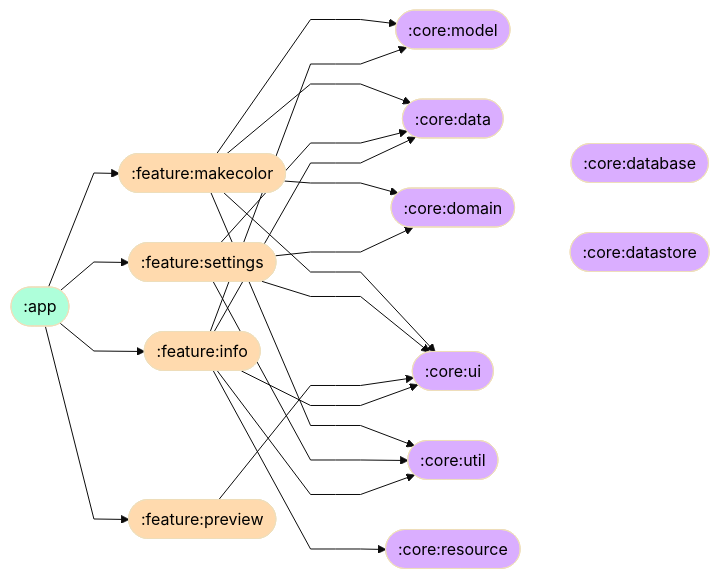
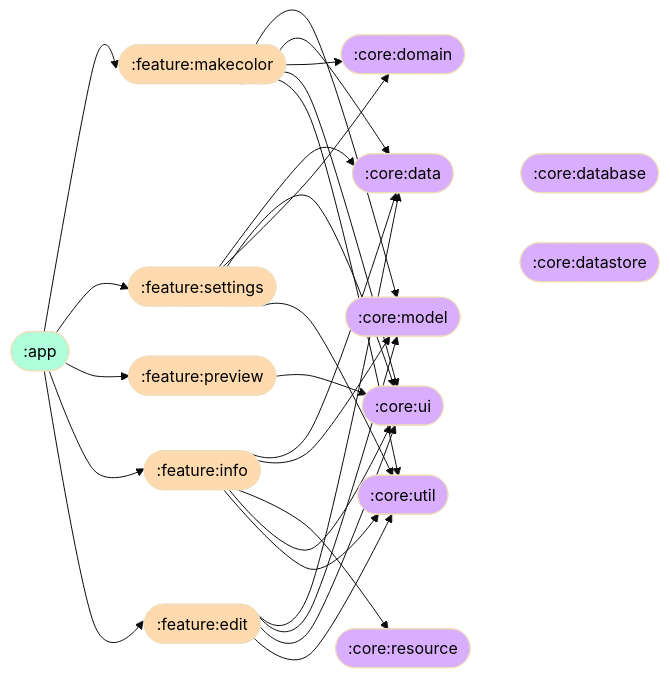
One commit to kosenda/MultiColorPicker changed the diagram in README.md. Above: the diagram before and after it, drawn with Mermaid (base theme).

Commit message:
docs: add :feature:edit
[skip ci]

````diff
--- a/README.md
+++ b/README.md
@@ -50,35 +50,41 @@
 ```mermaid
 flowchart LR
-%%{init: {'flowchart' : {'curve' : 'linear'}}}%%
+%%{init: {'flowchart' : {'curve' : 'cardinal'}}}%%
 
   classDef appModule fill:#AEFFDA,color:#000
   classDef featureModule fill:#FFDAAE,color:#000
   classDef coreModule fill:#DAAEFF,color:#000
   
   A1([:app]):::appModule --> B1([:feature:makecolor]):::featureModule
   A1 --> B2([:feature:settings]):::featureModule
   A1 --> B3([:feature:preview]):::featureModule
   A1 --> B4([:feature:info]):::featureModule
+  A1 --> B5([:feature:edit]):::featureModule
   
-  B1 ---> C1([:core:model]):::coreModule 
-  B1 ---> C2
-  B1 ---> C5
-  B1 ---> C7
-  B1 ---> C8
+  B1 --> C1([:core:model]):::coreModule 
+  B1 --> C2([:core:data]):::coreModule
+  B1 --> C5([:core:domain]):::coreModule
+  B1 --> C7([:core:ui]):::coreModule
+  B1 --> C8([:core:util]):::coreModule
   
-  B2 ---> C2([:core:data]):::coreModule
-  B2 ---> C5([:core:domain]):::coreModule
-  B2 ---> C7([:core:ui]):::coreModule
-  B2 ---> C8([:core:util]):::coreModule
+  B2 --> C2
+  B2 --> C5
+  B2 --> C7
+  B2 --> C8
   
-  B3 ---> C7
+  B3 --> C7
   
-  B4 ---> C2
-  B4 ---> C1
-  B4 ---> C6([:core:resource]):::coreModule
-  B4 ---> C7
-  B4 ---> C8
+  B4 --> C2
+  B4 --> C1
+  B4 --> C6([:core:resource]):::coreModule
+  B4 --> C7
+  B4 --> C8
   
-  C5 ~~~ C3([:core:database]):::coreModule
-  C5 ~~~ C4([:core:datastore]):::coreModule
+  B5 --> C2
+  B5 --> C1
+  B5 --> C7
+  B5 --> C8
+  
+  C2 ~~~ C3([:core:database]):::coreModule
+  C2 ~~~ C4([:core:datastore]):::coreModule
 ```
````
